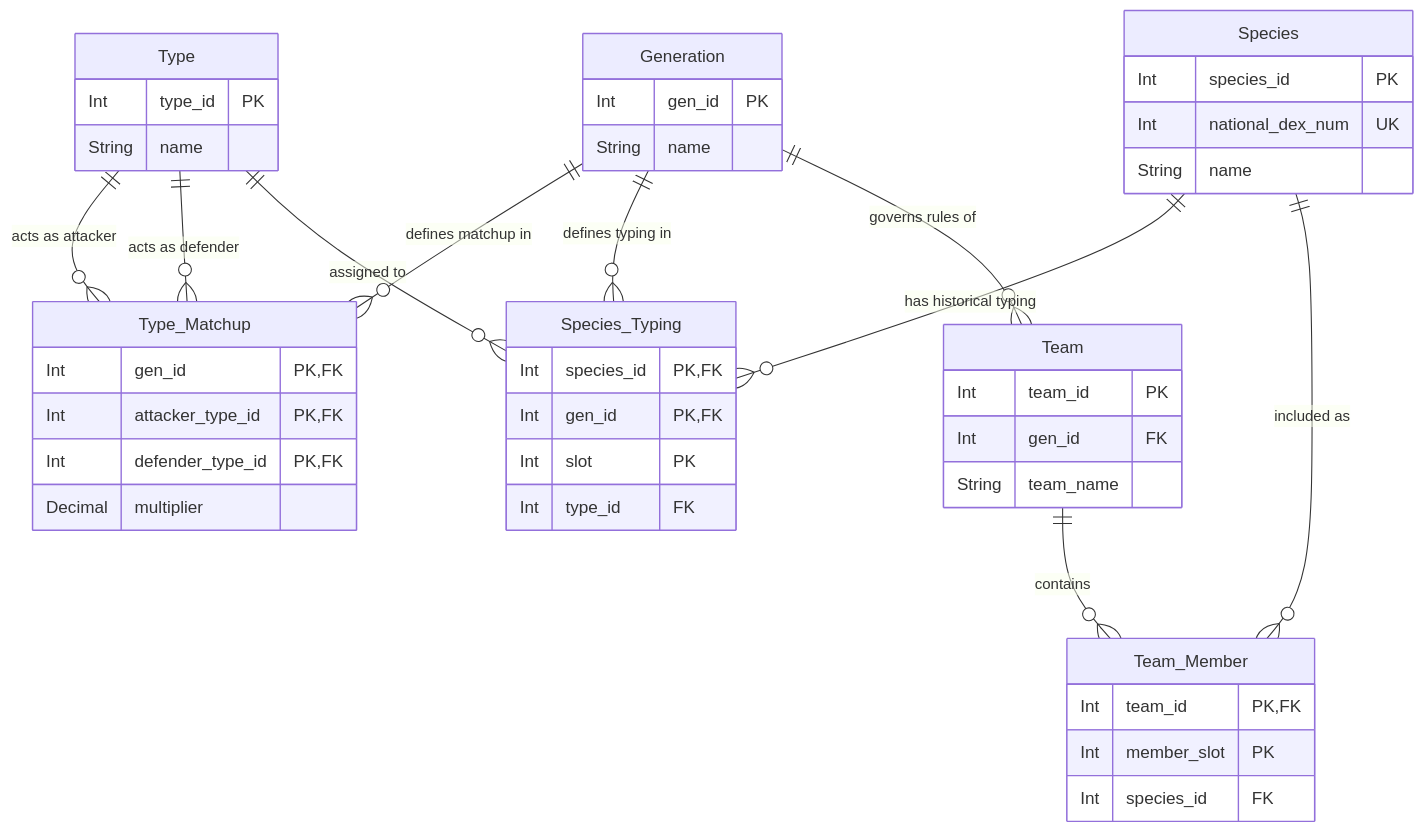
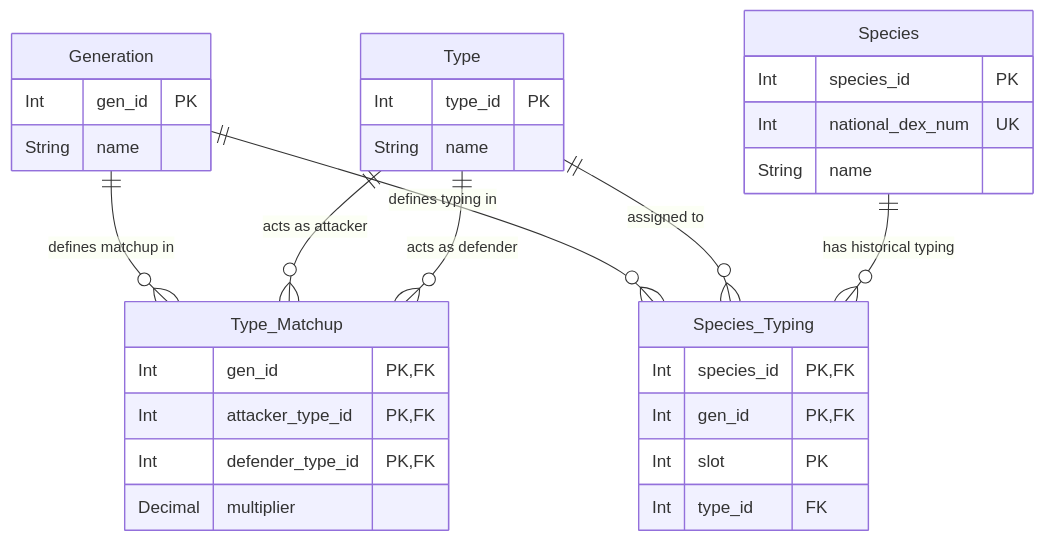
One commit to slucase/battle_dex changed the diagram in database_schema.md. Above: the diagram before and after it, drawn with Mermaid. The commit also changed other lines of this file, not shown here.

Commit message:
Remove team and team member details from schema

````diff
--- a/database_schema.md
+++ b/database_schema.md
@@ -9,57 +9,41 @@
 ```mermaid
 erDiagram
     Generation ||--o{ Type_Matchup : "defines matchup in"
     Generation ||--o{ Species_Typing : "defines typing in"
-    Generation ||--o{ Team : "governs rules of"
     
     Type ||--o{ Type_Matchup : "acts as attacker"
     Type ||--o{ Type_Matchup : "acts as defender"
     Type ||--o{ Species_Typing : "assigned to"
     
     Species ||--o{ Species_Typing : "has historical typing"
-    Species ||--o{ Team_Member : "included as"
-    
-    Team ||--o{ Team_Member : "contains"
 
     Generation {
         Int gen_id PK
         String name
     }
     
     Type {
         Int type_id PK
         String name
     }
     
     Species {
         Int species_id PK
         Int national_dex_num UK
         String name
     }
     
     Type_Matchup {
         Int gen_id PK, FK
         Int attacker_type_id PK, FK
         Int defender_type_id PK, FK
         Decimal multiplier
     }
     
     Species_Typing {
         Int species_id PK, FK
         Int gen_id PK, FK
         Int slot PK
         Int type_id FK
     }
-    
-    Team {
-        Int team_id PK
-        Int gen_id FK
-        String team_name
-    }
-    
-    Team_Member {
-        Int team_id PK, FK
-        Int member_slot PK
-        Int species_id FK
-    }
 ```
````
